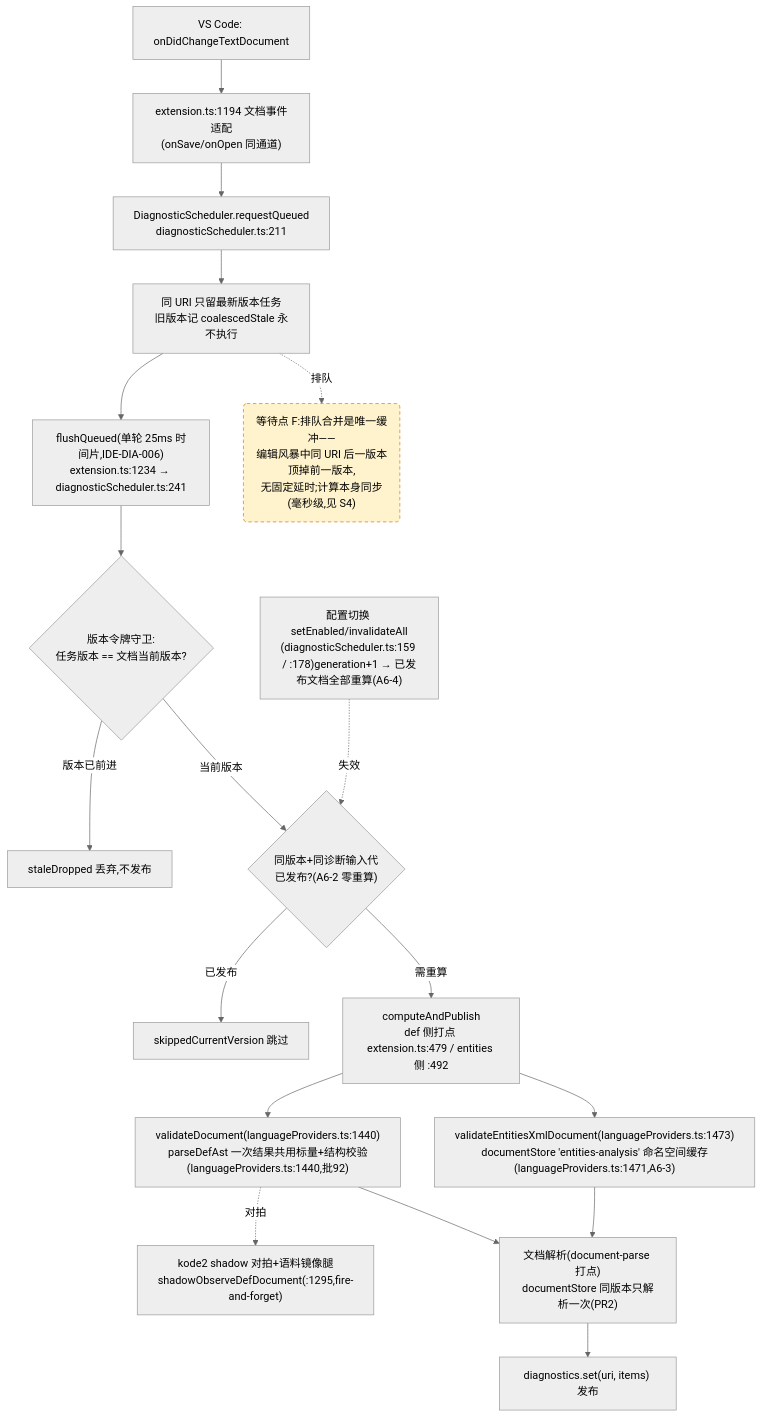
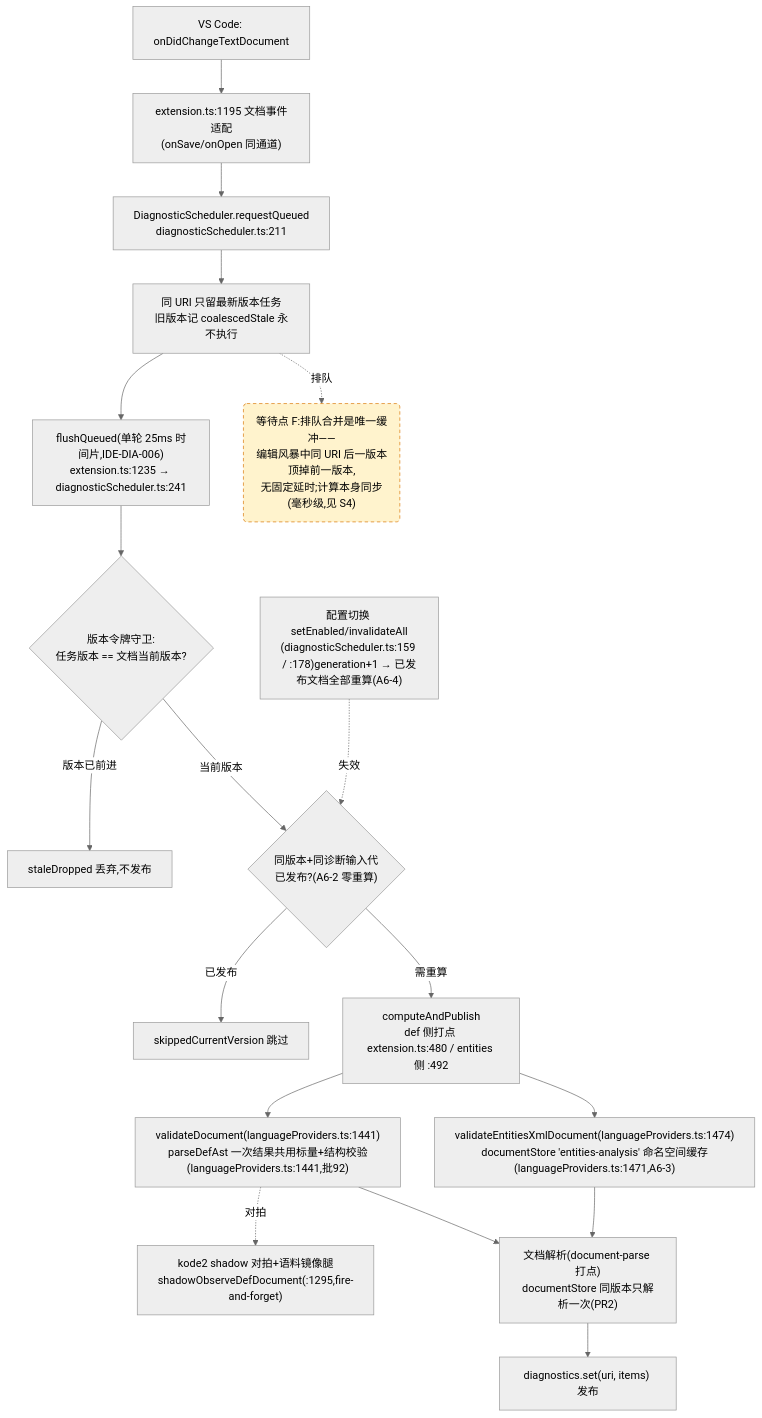
Before and after one commit to cuihairu/kode: the fourth of 4 diagrams in docs/perf/2026-baseline.md, drawn with Mermaid (neutral theme). The commit also changed other lines of this file and 23 other files, not shown here.

````diff
--- a/docs/perf/2026-baseline.md
+++ b/docs/perf/2026-baseline.md
@@ -214,38 +214,38 @@
 ```mermaid
 flowchart TD
   CHG["VS Code: onDidChangeTextDocument"]
-  WATCH["extension.ts:1194 文档事件适配<br/>(onSave/onOpen 同通道)"]
+  WATCH["extension.ts:1195 文档事件适配<br/>(onSave/onOpen 同通道)"]
   RQ["DiagnosticScheduler.requestQueued<br/>diagnosticScheduler.ts:211"]
   CO["同 URI 只留最新版本任务<br/>旧版本记 coalescedStale 永不执行"]
-  FL["flushQueued(单轮 25ms 时间片,IDE-DIA-006)<br/>extension.ts:1234 → diagnosticScheduler.ts:241"]
+  FL["flushQueued(单轮 25ms 时间片,IDE-DIA-006)<br/>extension.ts:1235 → diagnosticScheduler.ts:241"]
   VG{"版本令牌守卫:<br/>任务版本 == 文档当前版本?"}
   DROP["staleDropped 丢弃,不发布"]
   GEN{"同版本+同诊断输入代<br/>已发布?(A6-2 零重算)"}
   SKIP["skippedCurrentVersion 跳过"]
-  CALC["computeAndPublish<br/>def 侧打点 extension.ts:479 / entities 侧 :492"]
-  VD["validateDocument(languageProviders.ts:1440)<br/>parseDefAst 一次结果共用标量+结构校验(languageProviders.ts:1440,批92)"]
-  VEX["validateEntitiesXmlDocument(languageProviders.ts:1473)<br/>documentStore 'entities-analysis' 命名空间缓存(languageProviders.ts:1471,A6-3)"]
+  CALC["computeAndPublish<br/>def 侧打点 extension.ts:480 / entities 侧 :492"]
+  VD["validateDocument(languageProviders.ts:1441)<br/>parseDefAst 一次结果共用标量+结构校验(languageProviders.ts:1441,批92)"]
+  VEX["validateEntitiesXmlDocument(languageProviders.ts:1474)<br/>documentStore 'entities-analysis' 命名空间缓存(languageProviders.ts:1471,A6-3)"]
   SHDD["kode2 shadow 对拍+语料镜像腿<br/>shadowObserveDefDocument(:1295,fire-and-forget)"]
   DS["文档解析(document-parse 打点)<br/>documentStore 同版本只解析一次(PR2)"]
   PUB["diagnostics.set(uri, items) 发布"]
   CFG2["配置切换 setEnabled/invalidateAll<br/>(diagnosticScheduler.ts:159 / :178)generation+1 → 已发布文档全部重算(A6-4)"]
 
   CHG --> WATCH --> RQ --> CO --> FL --> VG
   VG -- "版本已前进" --> DROP
   VG -- "当前版本" --> GEN
   GEN -- "已发布" --> SKIP
   GEN -- "需重算" --> CALC
   CALC --> VD
   CALC --> VEX
   VD --> DS
   VEX --> DS
   DS --> PUB
   VD -.->|对拍| SHDD
   CFG2 -.->|失效| GEN
 
   WAITF("等待点 F:排队合并是唯一缓冲——<br/>编辑风暴中同 URI 后一版本顶掉前一版本,<br/>无固定延时;计算本身同步(毫秒级,见 S4)")
   CO -.->|排队| WAITF
 
   classDef waitPoint fill:#fff3cd,stroke:#d97706,stroke-dasharray:5 4;
   class WAITF waitPoint;
 ```
````
